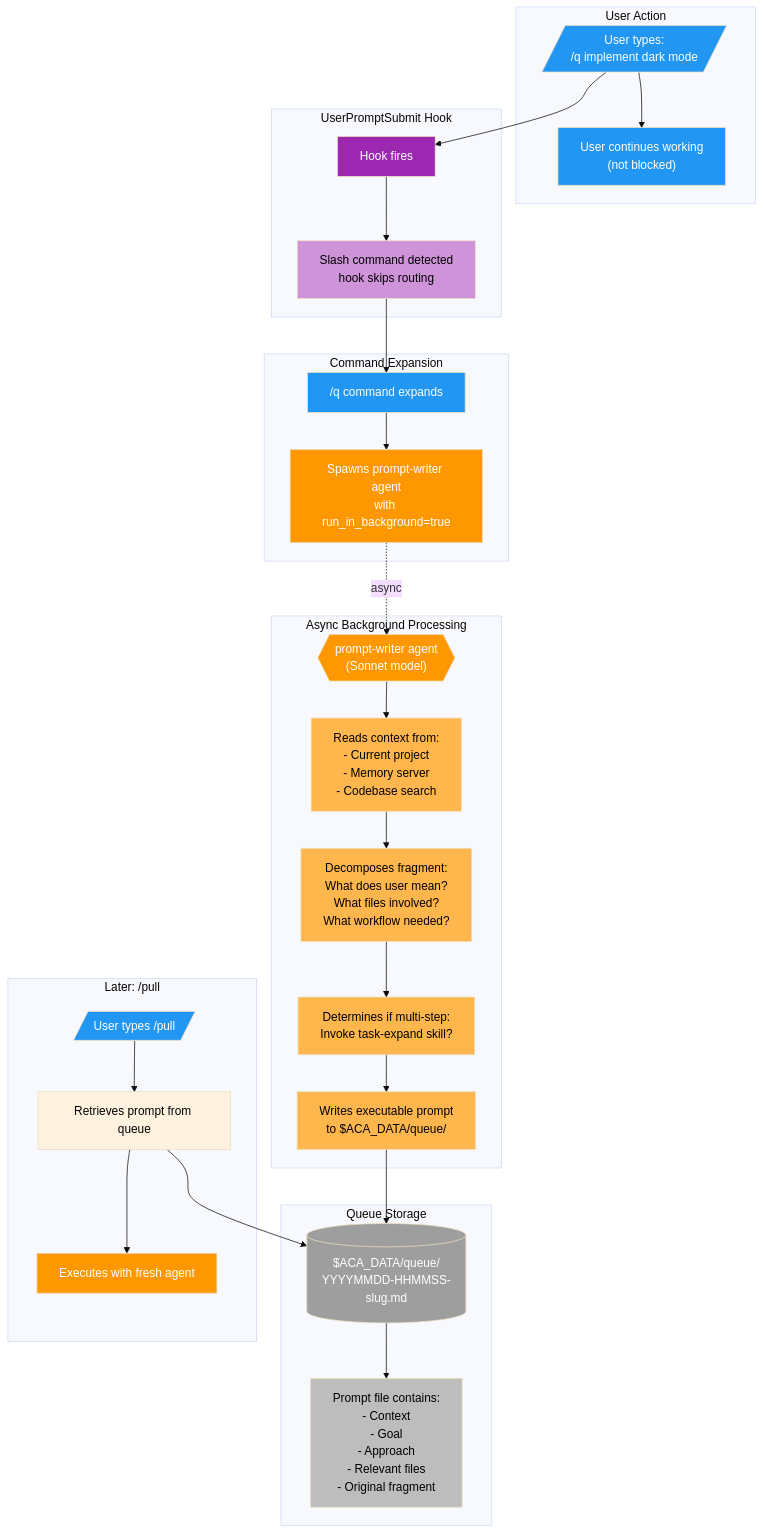
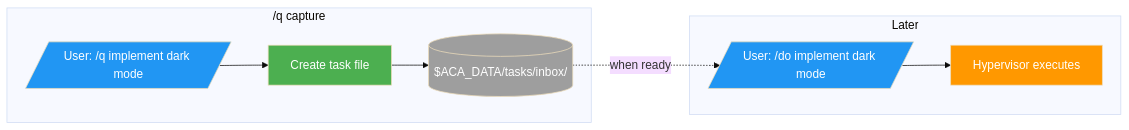
Before and after one commit to nicsuzor/academicOps: the seventh of 8 diagrams in docs/execution-flow.md, drawn with Mermaid (base theme). The commit also changed other lines of this file and 8 other files, not shown here.

First line of the commit message:
refactor: /do → hypervisor architecture + audit cleanup

````diff
--- a/docs/execution-flow.md
+++ b/docs/execution-flow.md
@@ -655,77 +655,22 @@
 ```mermaid
-flowchart TD
-    subgraph USER["User Action"]
-        U1[/"User types:<br/>/q implement dark mode"/]
-        U2["User continues working<br/>(not blocked)"]
+flowchart LR
+    subgraph CAPTURE["/q capture"]
+        U1[/"User: /q implement dark mode"/]
+        C1["Create task file"]
+        T1[("$ACA_DATA/tasks/inbox/")]
     end
 
-    subgraph PROMPT_HOOK["UserPromptSubmit Hook"]
-        PH1["Hook fires"]
-        PH2["Slash command detected<br/>hook skips routing"]
+    subgraph LATER["Later"]
+        L1[/"User: /do implement dark mode"/]
+        L2["Hypervisor executes"]
     end
 
-    subgraph COMMAND["Command Expansion"]
-        C1["/q command expands"]
-        C2["Spawns prompt-writer agent<br/>with run_in_background=true"]
-    end
+    U1 --> C1 --> T1
+    T1 -.->|when ready| L1 --> L2
 
-    subgraph ASYNC["Async Background Processing"]
-        A1{{"prompt-writer agent<br/>(Sonnet model)"}}
-        A2["Reads context from:<br/>- Current project<br/>- Memory server<br/>- Codebase search"]
-        A3["Decomposes fragment:<br/>What does user mean?<br/>What files involved?<br/>What workflow needed?"]
-        A4["Determines if multi-step:<br/>Invoke task-expand skill?"]
-        A5["Writes executable prompt<br/>to $ACA_DATA/queue/"]
-    end
-
-    subgraph QUEUE["Queue Storage"]
-        Q1[("$ACA_DATA/queue/<br/>YYYYMMDD-HHMMSS-slug.md")]
-        Q2["Prompt file contains:<br/>- Context<br/>- Goal<br/>- Approach<br/>- Relevant files<br/>- Original fragment"]
-    end
-
-    subgraph LATER["Later: /pull"]
-        L1[/"User types /pull"/]
-        L2["Retrieves prompt from queue"]
-        L3["Executes with fresh agent"]
-    end
-
-    %% Main flow
-    U1 --> PH1
-    PH1 --> PH2 --> C1
-    C1 --> C2
-    C2 -.->|async| A1
-    U1 --> U2
-    A1 --> A2 --> A3 --> A4 --> A5
-    A5 --> Q1
-    Q1 --> Q2
-
-    %% Later flow
-    L1 --> L2
-    L2 --> Q1
-    L2 --> L3
-
-    %% Styling - User
     style U1 fill:#2196f3,color:#fff
-    style U2 fill:#2196f3,color:#fff
+    style C1 fill:#4caf50,color:#fff
+    style T1 fill:#9e9e9e,color:#fff
     style L1 fill:#2196f3,color:#fff
-    style L2 fill:#fff3e0,color:#000
-    style L3 fill:#ff9800,color:#fff
-
-    %% Styling - Hooks
-    style PH1 fill:#9c27b0,color:#fff
-    style PH2 fill:#ce93d8,color:#000
-
-    %% Styling - Command
-    style C1 fill:#2196f3,color:#fff
-    style C2 fill:#ff9800,color:#fff
-
-    %% Styling - Async Agent
-    style A1 fill:#ff9800,color:#fff
-    style A2 fill:#ffb74d,color:#000
-    style A3 fill:#ffb74d,color:#000
-    style A4 fill:#ffb74d,color:#000
-    style A5 fill:#ffb74d,color:#000
-
-    %% Styling - Data
-    style Q1 fill:#9e9e9e,color:#fff
-    style Q2 fill:#bdbdbd,color:#000
+    style L2 fill:#ff9800,color:#fff
 ```
````
